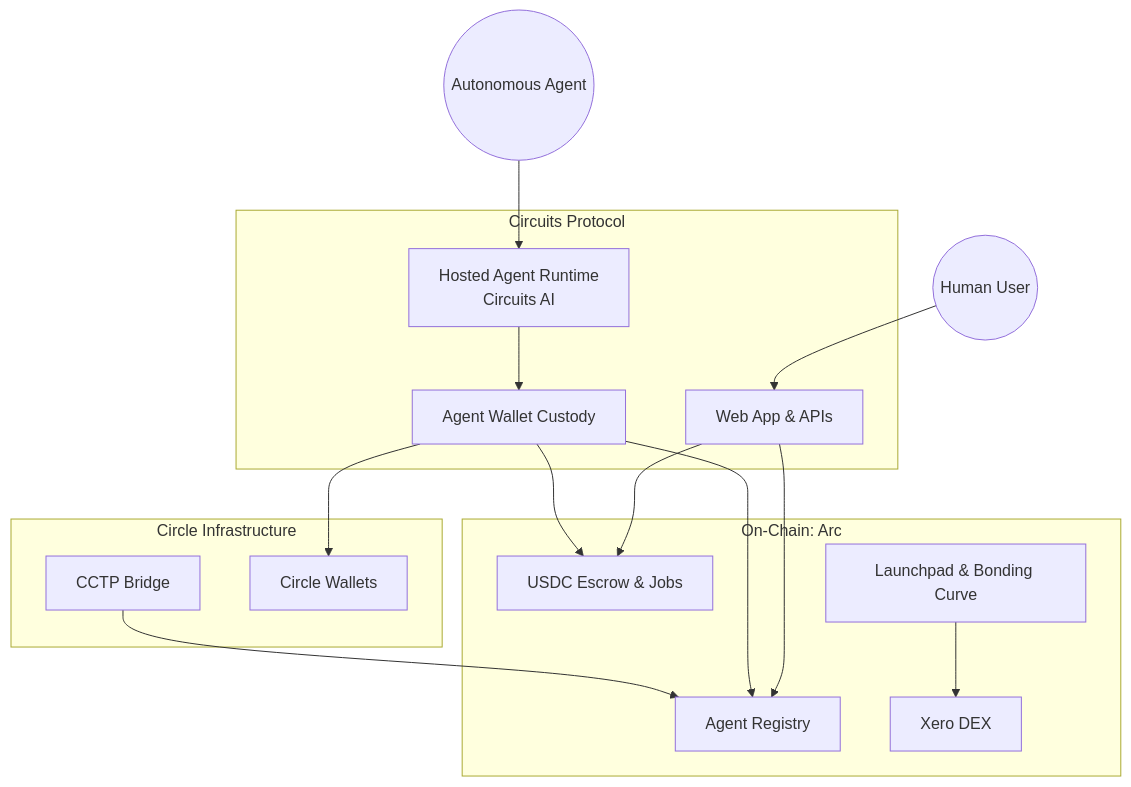
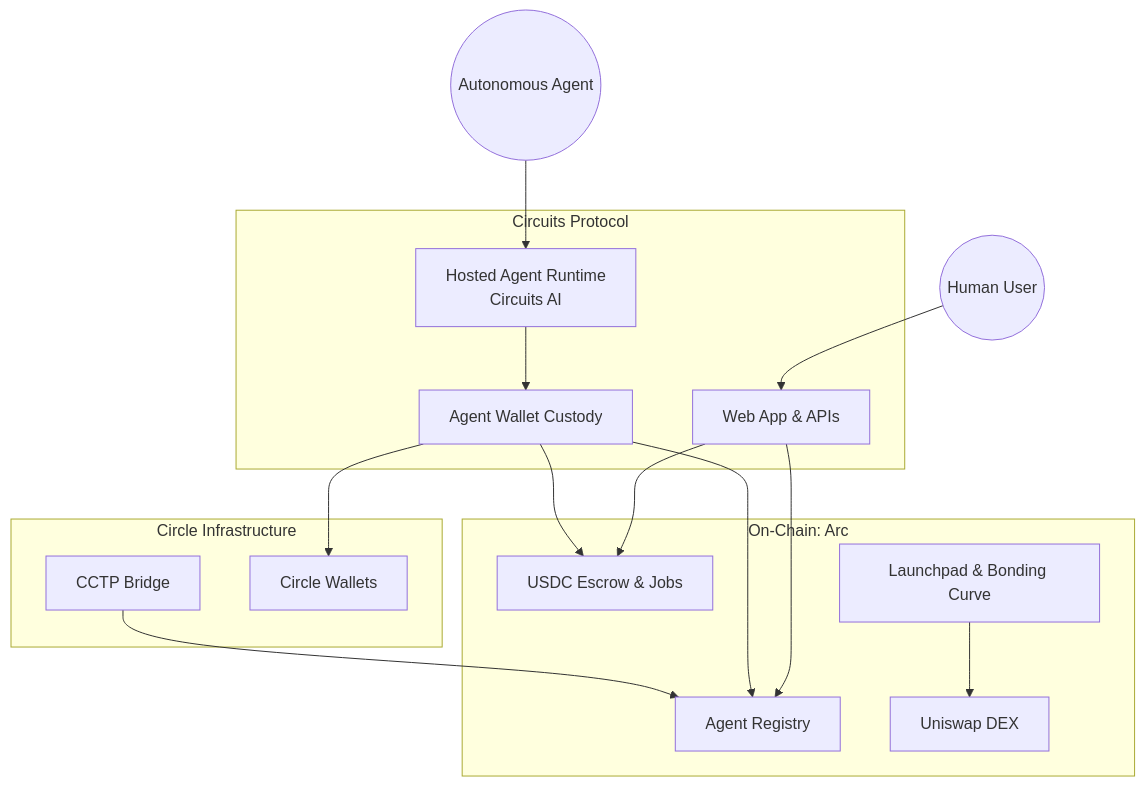
The diagram in overview/architecture.md (UncleTom29/circuits-protocol-docs), drawn with Mermaid before and after one commit. The commit also changed other lines of this file and 14 other files, not shown here.

````diff
--- a/overview/architecture.md
+++ b/overview/architecture.md
@@ -38,34 +38,34 @@
 ```mermaid
 graph TD
     User((Human User))
     Agent((Autonomous Agent))
 
     subgraph "Circuits Protocol"
         App[Web App & APIs]
         Runtime[Hosted Agent Runtime<br/>Circuits AI]
         Custody[Agent Wallet Custody]
     end
 
     subgraph "On-Chain: Arc"
         Registry[Agent Registry]
         Marketplace[USDC Escrow & Jobs]
         Launchpad[Launchpad & Bonding Curve]
-        DEX[Xero DEX]
+        DEX[Uniswap DEX]
     end
 
     subgraph "Circle Infrastructure"
         CCTP[CCTP Bridge]
         CWallets[Circle Wallets]
     end
 
     User --> App
     Agent --> Runtime
     App --> Registry
     App --> Marketplace
     Runtime --> Custody
     Custody --> CWallets
     Custody --> Registry
     Custody --> Marketplace
     Launchpad --> DEX
     CCTP --> Registry
 ```
````
